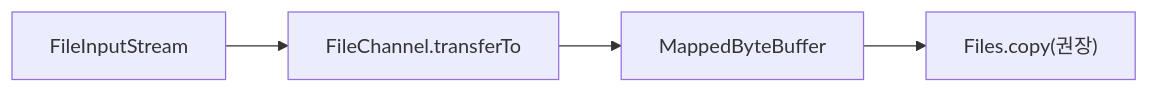
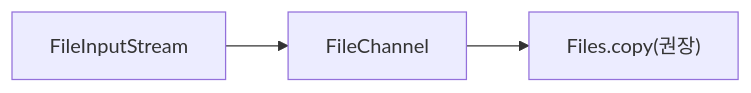
One commit to yjkim2015/yjkim2015.github.io changed the tenth of 11 diagrams in _posts/java/2026-05-01-java-io.md. Above: the diagram before and after it, drawn with Mermaid. The commit also changed other lines of this file and 163 other files, not shown here.

First line of the commit message:
Mermaid 300개 블록 내용 축소: 5노드 5엣지 이하, 의미 있는 약어

````diff
--- a/_posts/java/2026-05-01-java-io.md
+++ b/_posts/java/2026-05-01-java-io.md
@@ -789,6 +783,4 @@
 ```mermaid
 graph LR
-    M1["FileInputStream"] --> M2["FileChannel.transferTo"]
-    M2 --> M3["MappedByteBuffer"]
-    M3 --> M4["Files.copy(권장)"]
+    M1["FileInputStream"] --> M2["FileChannel"] --> M3["Files.copy(권장)"]
 ```
````
